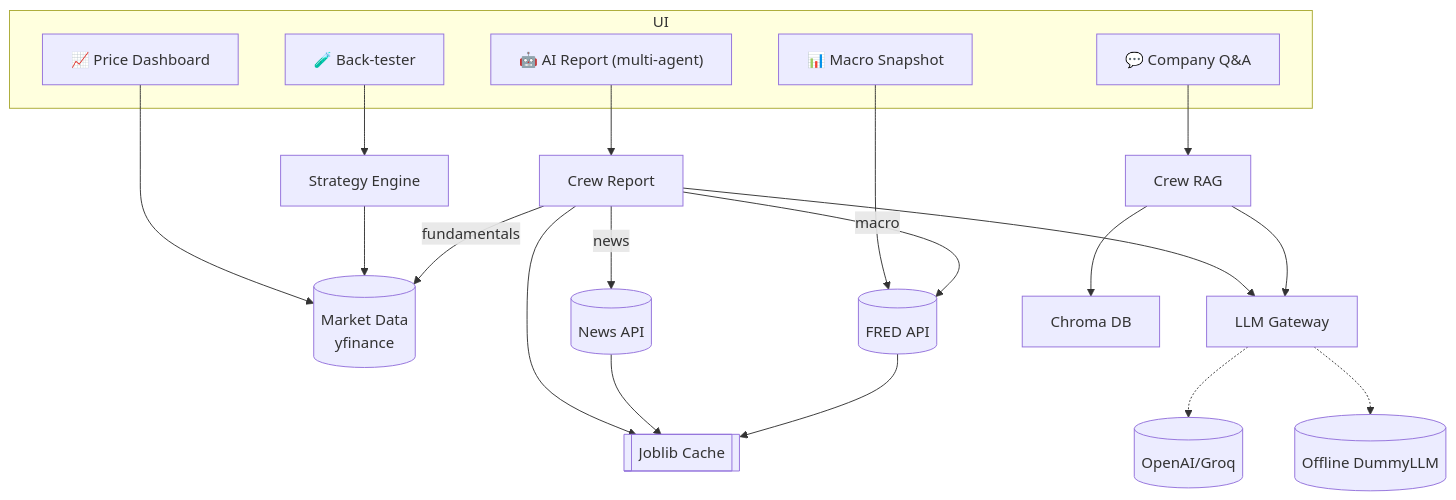
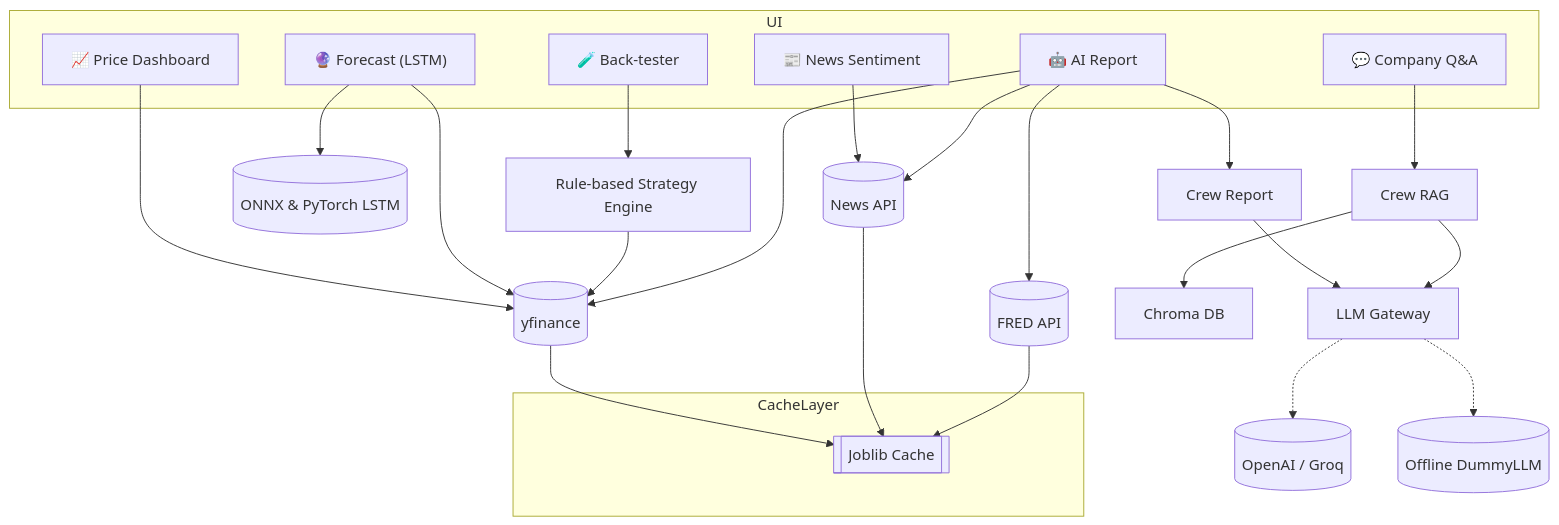
One commit to nsr789/quantum-trading-intelligence changed the first of 3 diagrams in README.md. Above: the diagram before and after it, drawn with Mermaid. The commit also changed other lines of this file, not shown here.

````diff
--- a/README.md
+++ b/README.md
@@ -32,31 +31,41 @@
 ```mermaid
 flowchart TD
     subgraph UI
         PD["📈 Price Dashboard"]
-        MS["📊 Macro Snapshot"]
-        RP["🤖 AI Report (multi-agent)"]
-        BT["🧪 Back-tester"]
+        NS["📰 News Sentiment"]
+        FC["🔮 Forecast (LSTM)"]
+        BT["🧪 Back‑tester"]
+        RP["🤖 AI Report"]
         QA["💬 Company Q&A"]
     end
 
-    PD --> MarketData[("Market Data<br>yfinance")]
-    BT --> StrategyEng["Strategy Engine"]
+    PD --> MarketData[(yfinance)]
+    NS --> NewsAPI[(News API)]
+    FC --> MarketData
+    FC --> MLModels[(ONNX & PyTorch LSTM)]
+    BT --> StrategyEng["Rule‑based Strategy Engine"]
     StrategyEng --> MarketData
+
     RP --> CrewReport["Crew Report"]
     QA --> CrewRAG["Crew RAG"]
 
-    %% arrow: macro snapshot to macro API
-    MS --> MacroAPI[(FRED API)]
+    %% macro
+    MacroAPI[(FRED API)]
+    RP --> MacroAPI
+    RP --> MarketData
+    RP --> NewsAPI
 
-    CrewReport -->|fundamentals| MarketData
-    CrewReport -->|news| NewsAPI[(News API)]
-    CrewReport -->|macro| MacroAPI
     CrewReport --> LLMGateway["LLM Gateway"]
     CrewRAG --> VectorStore["Chroma DB"]
     CrewRAG --> LLMGateway
-    LLMGateway -.-> OpenAI[(OpenAI/Groq)]
+    LLMGateway -.-> OpenAI[(OpenAI / Groq)]
     LLMGateway -.-> Dummy[(Offline DummyLLM)]
-    CrewReport --> Cache[[Joblib Cache]]
+
+    %% caching layer
+    subgraph CacheLayer
+        Cache[[Joblib Cache]]
+    end
+    MarketData --> Cache
     NewsAPI --> Cache
     MacroAPI --> Cache
 ```
````
